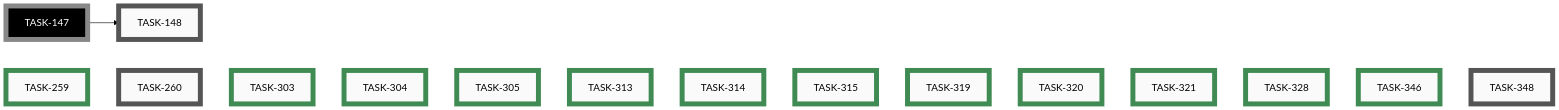
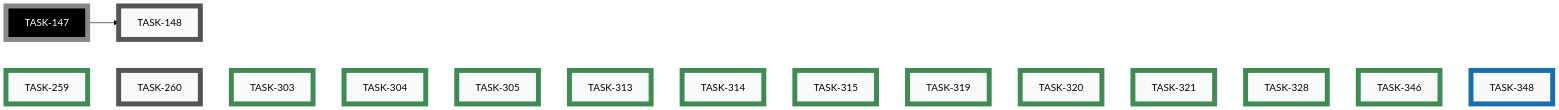
The tenth of 10 diagrams in docs/developers/tasks/EPICS.md (tgd1975/AwesomeStudioPedal), drawn with Mermaid (forest theme) before and after one commit. The commit also changed other lines of this file and 15 other files, not shown here.

````diff
--- a/docs/developers/tasks/EPICS.md
+++ b/docs/developers/tasks/EPICS.md
@@ -398,44 +398,44 @@
 ```mermaid
 graph LR
     TASK_148["TASK-148"]:::open
     TASK_260["TASK-260"]:::open
-    TASK_348["TASK-348"]:::open
+    TASK_348["TASK-348"]:::active
     TASK_259["TASK-259"]:::closed
     TASK_303["TASK-303"]:::closed
     TASK_304["TASK-304"]:::closed
     TASK_305["TASK-305"]:::closed
     TASK_313["TASK-313"]:::closed
     TASK_314["TASK-314"]:::closed
     TASK_315["TASK-315"]:::closed
     TASK_319["TASK-319"]:::closed
     TASK_320["TASK-320"]:::closed
     TASK_321["TASK-321"]:::closed
     TASK_328["TASK-328"]:::closed
     TASK_346["TASK-346"]:::closed
     TASK_147["TASK-147"]:::openExt
     TASK_147 --> TASK_148
     TASK_259 ~~~ TASK_260 ~~~ TASK_303 ~~~ TASK_304 ~~~ TASK_305 ~~~ TASK_313 ~~~ TASK_314 ~~~ TASK_315 ~~~ TASK_319 ~~~ TASK_320 ~~~ TASK_321 ~~~ TASK_328 ~~~ TASK_346 ~~~ TASK_348
     click TASK_148 "open/task-148-reorganise-developer-documentation.md"
     click TASK_260 "open/task-260-unify-version-numbers-across-deliverables.md"
-    click TASK_348 "open/task-348-derive-clang-tidy-set-from-compile-commands.md"
+    click TASK_348 "active/task-348-derive-clang-tidy-set-from-compile-commands.md"
     click TASK_259 "closed/task-259-android-app-test-protocol.md"
     click TASK_303 "closed/task-303-simulator-boots-with-demo-loaded.md"
     click TASK_304 "closed/task-304-simulator-button-no-hover-reaction.md"
     click TASK_305 "closed/task-305-add-category-field-to-ideas.md"
     click TASK_313 "closed/task-313-emoji-icons-for-idea-categories.md"
     click TASK_314 "closed/task-314-nbsp-between-icon-and-category.md"
     click TASK_315 "closed/task-315-idea-sub-file-naming-convention.md"
     click TASK_319 "closed/task-319-remove-wireviz-precommit-block.md"
     click TASK_320 "closed/task-320-remove-ble-flag-precommit-check.md"
     click TASK_321 "closed/task-321-fix-ci-failures-mermaid-clang-tidy.md"
     click TASK_328 "closed/task-328-prevent-parallel-housekeep-execution.md"
     click TASK_346 "closed/task-346-content-sensitive-precommit-checks.md"
     classDef open    fill:#FAFAFA,stroke:#555,stroke-width:8px,color:#000
     classDef active  fill:#FAFAFA,stroke:#1A6FA8,stroke-width:8px,color:#000
     classDef closed  fill:#FAFAFA,stroke:#3F8B53,stroke-width:8px,color:#000
     classDef paused  fill:#FAFAFA,stroke:#B07810,stroke-width:8px,color:#000
     classDef openExt    fill:#000,stroke:#888,stroke-width:8px,color:#FFF
     classDef activeExt  fill:#000,stroke:#3FA9F5,stroke-width:8px,color:#FFF
     classDef closedExt  fill:#000,stroke:#7CC68A,stroke-width:8px,color:#FFF
     classDef pausedExt  fill:#000,stroke:#F0B030,stroke-width:8px,color:#FFF
 ```
````
